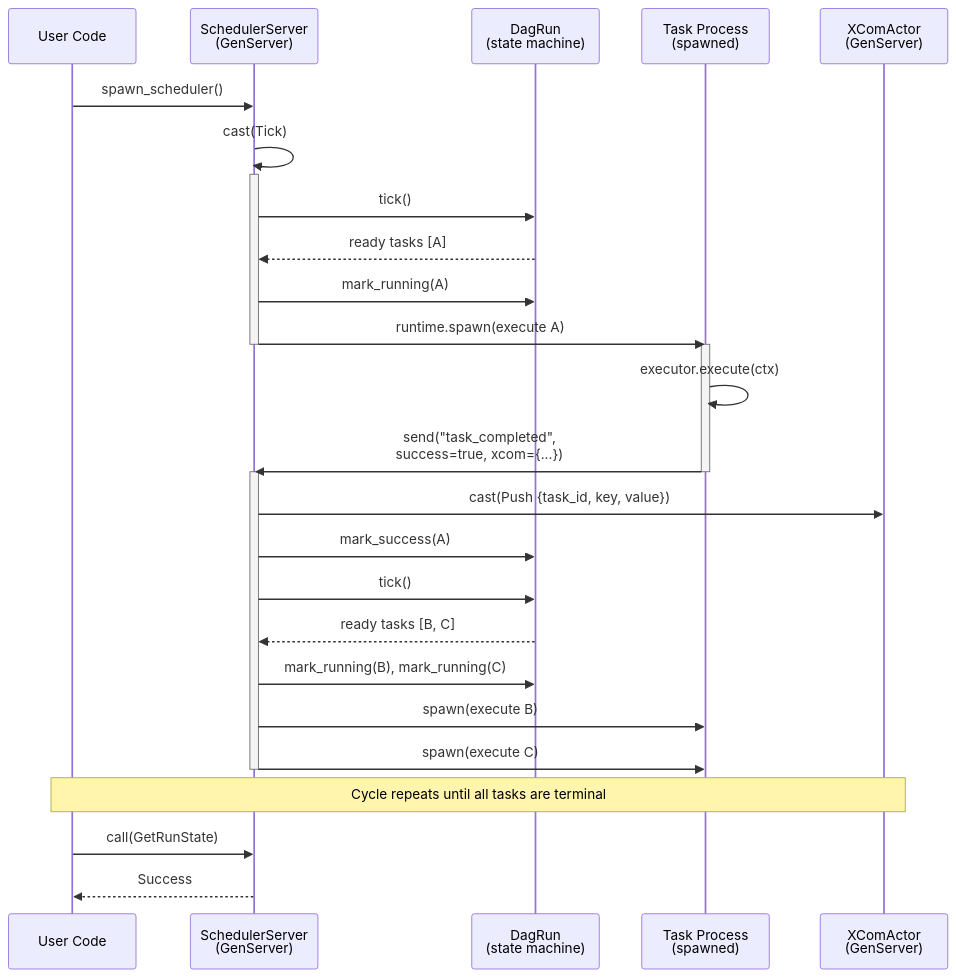
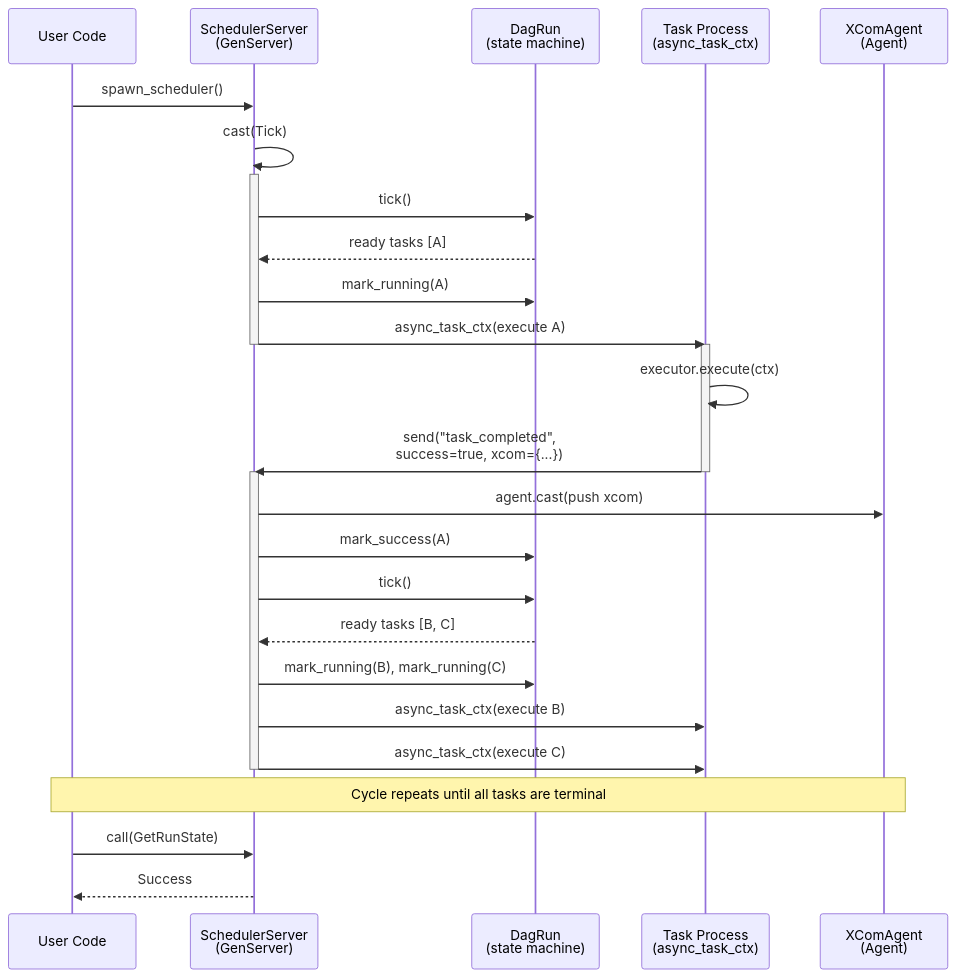
The diagram in docs/rebar-integration.md (alexandernicholson/airflow-dag), drawn with Mermaid before and after one commit. The commit also changed other lines of this file and 2 other files, not shown here.

First line of the commit message:
Update docs to reflect Agent/async_task_ctx migration

````diff
--- a/docs/rebar-integration.md
+++ b/docs/rebar-integration.md
@@ -5,37 +5,37 @@
 ```mermaid
 sequenceDiagram
     participant User as User Code
     participant Sched as SchedulerServer<br>(GenServer)
     participant DagRun as DagRun<br>(state machine)
-    participant TP as Task Process<br>(spawned)
-    participant XCom as XComActor<br>(GenServer)
+    participant TP as Task Process<br>(async_task_ctx)
+    participant XCom as XComAgent<br>(Agent)
 
     User->>Sched: spawn_scheduler()
     Sched->>Sched: cast(Tick)
     activate Sched
     Sched->>DagRun: tick()
     DagRun-->>Sched: ready tasks [A]
     Sched->>DagRun: mark_running(A)
-    Sched->>TP: runtime.spawn(execute A)
+    Sched->>TP: async_task_ctx(execute A)
     deactivate Sched
 
     activate TP
     TP->>TP: executor.execute(ctx)
     TP->>Sched: send("task_completed",<br>success=true, xcom={...})
     deactivate TP
 
     activate Sched
-    Sched->>XCom: cast(Push {task_id, key, value})
+    Sched->>XCom: agent.cast(push xcom)
     Sched->>DagRun: mark_success(A)
     Sched->>DagRun: tick()
     DagRun-->>Sched: ready tasks [B, C]
     Sched->>DagRun: mark_running(B), mark_running(C)
-    Sched->>TP: spawn(execute B)
-    Sched->>TP: spawn(execute C)
+    Sched->>TP: async_task_ctx(execute B)
+    Sched->>TP: async_task_ctx(execute C)
     deactivate Sched
 
     Note over User,XCom: Cycle repeats until all tasks are terminal
 
     User->>Sched: call(GetRunState)
     Sched-->>User: Success
 ```
````
